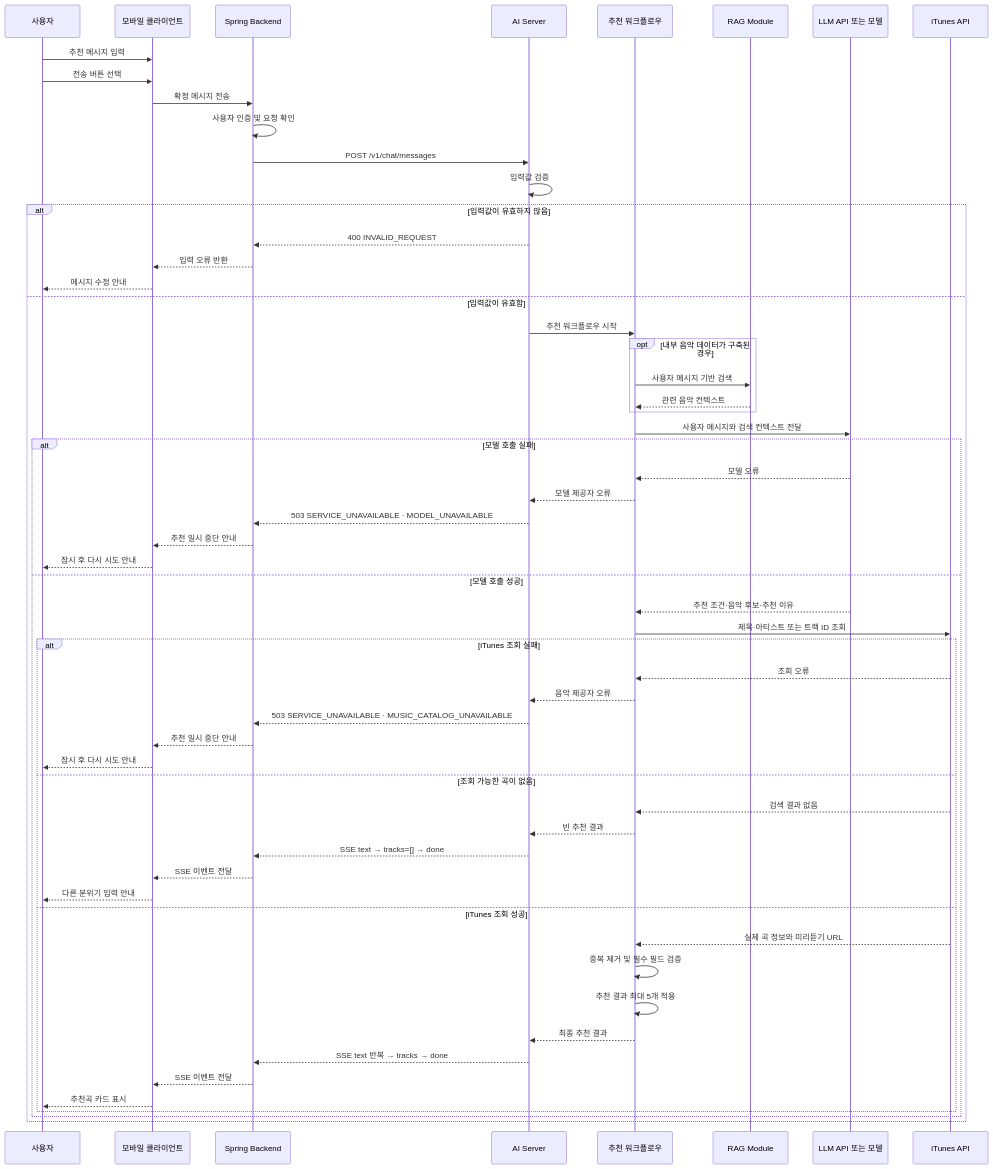
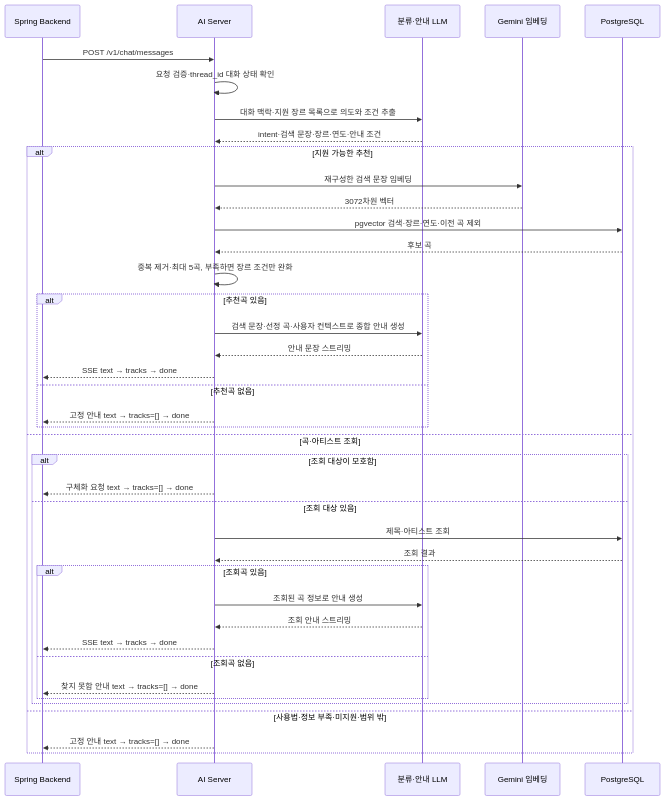
One commit to 100-hours-a-week/KTB4-18th-AI changed the second of 5 diagrams in docs/wiki/week1/01-모델-API-설계.md. Above: the diagram before and after it, drawn with Mermaid. The commit also changed other lines of this file and 3 other files, not shown here.

````diff
--- a/docs/wiki/week1/01-모델-API-설계.md
+++ b/docs/wiki/week1/01-모델-API-설계.md
@@ -54,66 +54,43 @@
 ```mermaid
 sequenceDiagram
-    participant U as 사용자
-    participant F as 모바일 클라이언트
     participant S as Spring Backend
     participant A as AI Server
-    participant W as 추천 워크플로우
-    participant R as RAG Module
-    participant L as LLM API 또는 모델
-    participant M as iTunes API
+    participant L as 분류·안내 LLM
+    participant E as Gemini 임베딩
+    participant D as PostgreSQL
 
-    U->>F: 추천 메시지 입력
-    U->>F: 전송 버튼 선택
-    F->>S: 확정 메시지 전송
-    S->>S: 사용자 인증 및 요청 확인
     S->>A: POST /v1/chat/messages
-    A->>A: 입력값 검증
-
-    alt 입력값이 유효하지 않음
-        A-->>S: 400 INVALID_REQUEST
-        S-->>F: 입력 오류 반환
-        F-->>U: 메시지 수정 안내
-    else 입력값이 유효함
-        A->>W: 추천 워크플로우 시작
-
-        opt 내부 음악 데이터가 구축된 경우
-            W->>R: 사용자 메시지 기반 검색
-            R-->>W: 관련 음악 컨텍스트
+    A->>A: 요청 검증·thread_id 대화 상태 확인
+    A->>L: 대화 맥락·지원 장르 목록으로 의도와 조건 추출
+    L-->>A: intent·검색 문장·장르·연도·안내 조건
+    alt 지원 가능한 추천
+        A->>E: 재구성한 검색 문장 임베딩
+        E-->>A: 3072차원 벡터
+        A->>D: pgvector 검색·장르·연도·이전 곡 제외
+        D-->>A: 후보 곡
+        A->>A: 중복 제거·최대 5곡, 부족하면 장르 조건만 완화
+        alt 추천곡 있음
+            A->>L: 검색 문장·선정 곡·사용자 컨텍스트로 종합 안내 생성
+            L-->>A: 안내 문장 스트리밍
+            A-->>S: SSE text → tracks → done
+        else 추천곡 없음
+            A-->>S: 고정 안내 text → tracks=[] → done
         end
-
-        W->>L: 사용자 메시지와 검색 컨텍스트 전달
-
-        alt 모델 호출 실패
-            L-->>W: 모델 오류
-            W-->>A: 모델 제공자 오류
-            A-->>S: 503 SERVICE_UNAVAILABLE · MODEL_UNAVAILABLE
-            S-->>F: 추천 일시 중단 안내
-            F-->>U: 잠시 후 다시 시도 안내
-        else 모델 호출 성공
-            L-->>W: 추천 조건·음악 후보·추천 이유
-            W->>M: 제목·아티스트 또는 트랙 ID 조회
-
-            alt iTunes 조회 실패
-                M-->>W: 조회 오류
-                W-->>A: 음악 제공자 오류
-                A-->>S: 503 SERVICE_UNAVAILABLE · MUSIC_CATALOG_UNAVAILABLE
-                S-->>F: 추천 일시 중단 안내
-                F-->>U: 잠시 후 다시 시도 안내
-            else 조회 가능한 곡이 없음
-                M-->>W: 검색 결과 없음
-                W-->>A: 빈 추천 결과
-                A-->>S: SSE text → tracks=[] → done
-                S-->>F: SSE 이벤트 전달
-                F-->>U: 다른 분위기 입력 안내
-            else iTunes 조회 성공
-                M-->>W: 실제 곡 정보와 미리듣기 URL
-                W->>W: 중복 제거 및 필수 필드 검증
-                W->>W: 추천 결과 최대 5개 적용
-                W-->>A: 최종 추천 결과
-                A-->>S: SSE text 반복 → tracks → done
-                S-->>F: SSE 이벤트 전달
-                F-->>U: 추천곡 카드 표시
+    else 곡·아티스트 조회
+        alt 조회 대상이 모호함
+            A-->>S: 구체화 요청 text → tracks=[] → done
+        else 조회 대상 있음
+            A->>D: 제목·아티스트 조회
+            D-->>A: 조회 결과
+            alt 조회곡 있음
+                A->>L: 조회된 곡 정보로 안내 생성
+                L-->>A: 조회 안내 스트리밍
+                A-->>S: SSE text → tracks → done
+            else 조회곡 없음
+                A-->>S: 찾지 못함 안내 text → tracks=[] → done
             end
         end
+    else 사용법·정보 부족·미지원·범위 밖
+        A-->>S: 고정 안내 text → tracks=[] → done
     end
 ```
````
